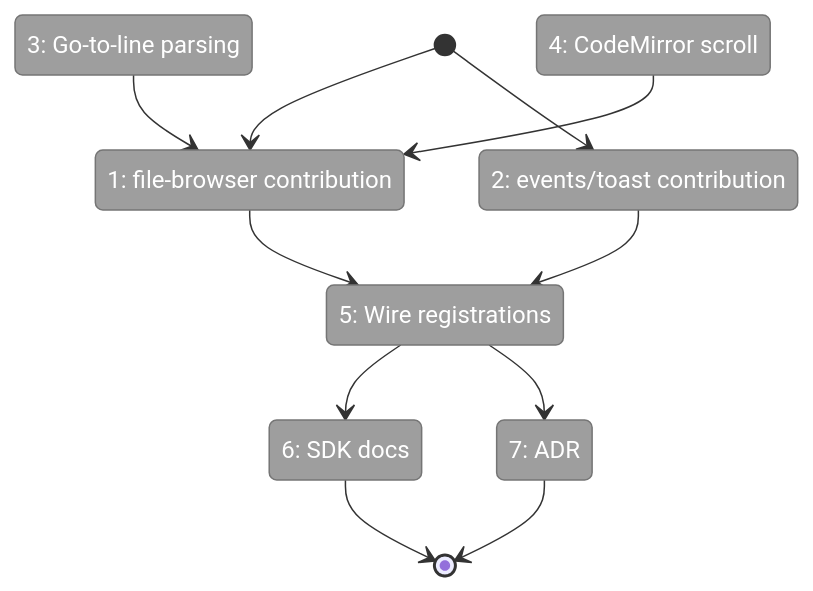
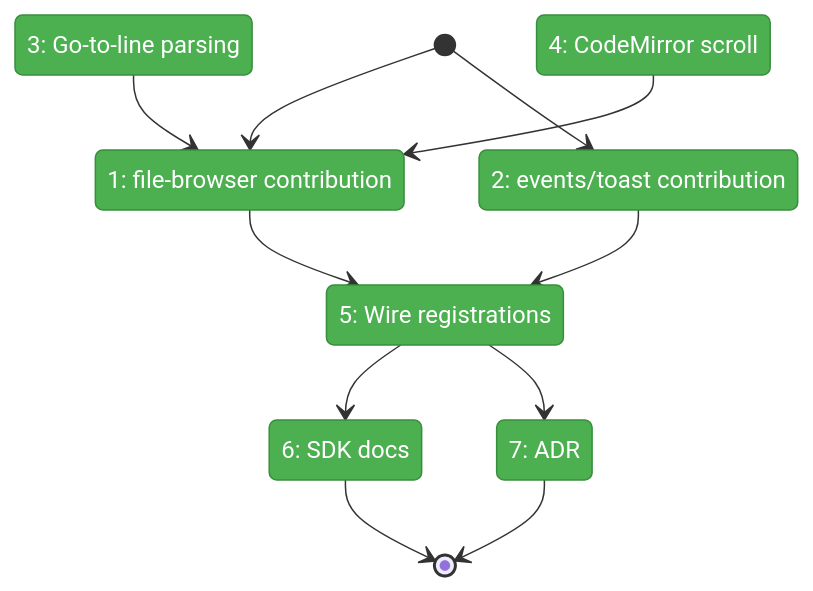
One commit to AI-Substrate/chainglass changed the first of 2 diagrams in docs/plans/047-usdk/tasks/phase-6-wraps-polish/tasks.fltplan.md. Above: the diagram before and after it, drawn with Mermaid. The commit also changed other lines of this file and 17 other files, not shown here.

````diff
--- a/docs/plans/047-usdk/tasks/phase-6-wraps-polish/tasks.fltplan.md
+++ b/docs/plans/047-usdk/tasks/phase-6-wraps-polish/tasks.fltplan.md
@@ -51,26 +51,26 @@
 ```mermaid
 stateDiagram-v2
     classDef pending fill:#9E9E9E,stroke:#757575,color:#fff
     classDef done fill:#4CAF50,stroke:#388E3C,color:#fff
 
     state "1: file-browser contribution" as S1
     state "2: events/toast contribution" as S2
     state "3: Go-to-line parsing" as S3
     state "4: CodeMirror scroll" as S4
     state "5: Wire registrations" as S5
     state "6: SDK docs" as S6
     state "7: ADR" as S7
 
     [*] --> S1
     [*] --> S2
     S3 --> S1
     S4 --> S1
     S1 --> S5
     S2 --> S5
     S5 --> S6
     S5 --> S7
     S6 --> [*]
     S7 --> [*]
 
-    class S1,S2,S3,S4,S5,S6,S7 pending
+    class S1,S2,S3,S4,S5,S6,S7 done
 ```
````
